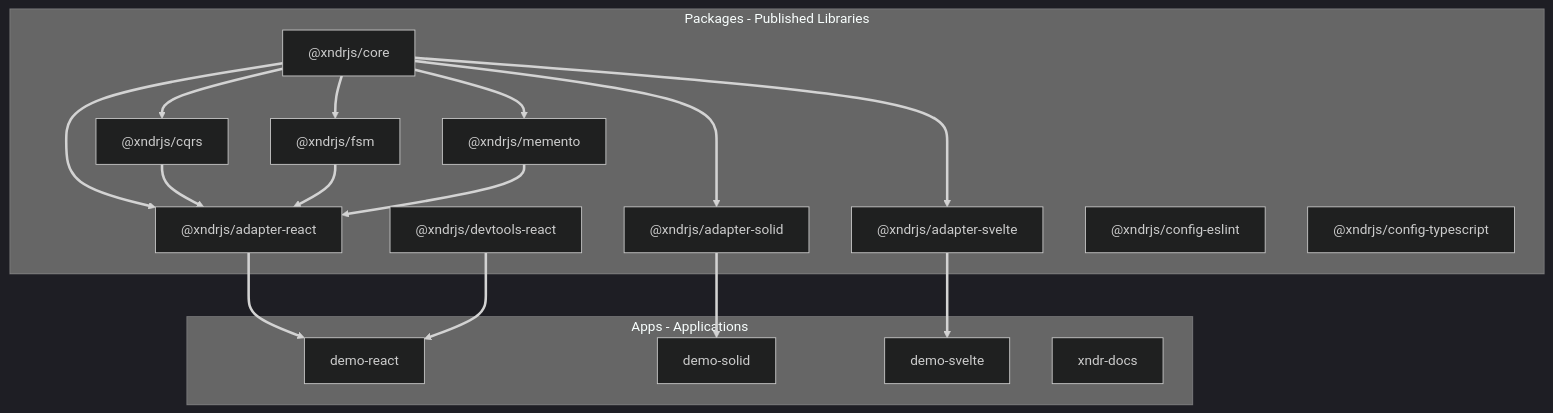
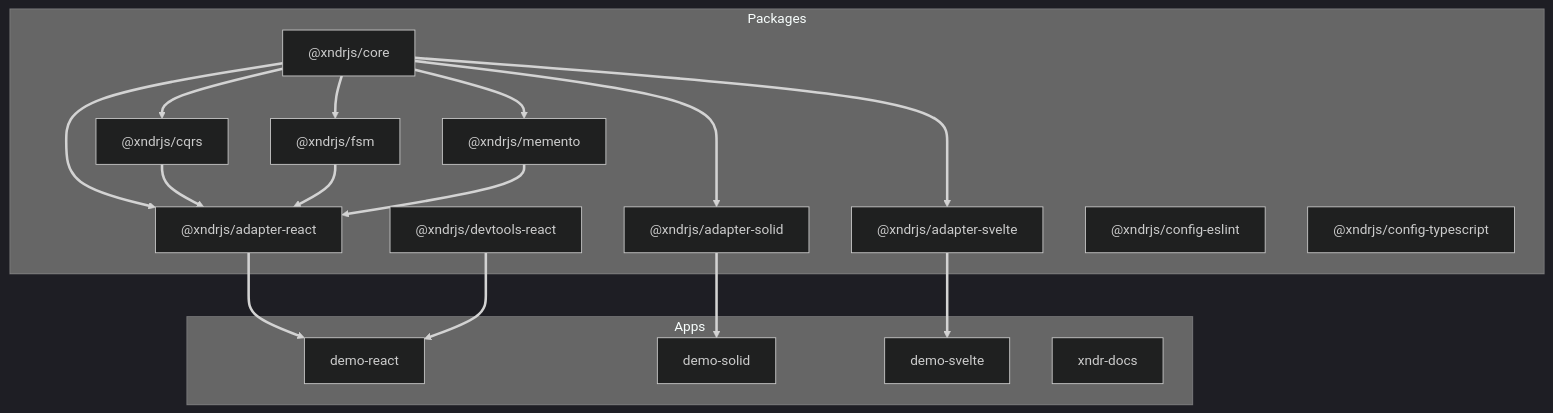
One commit to xndrjs/xndrjs changed the diagram in README.md. Above: the diagram before and after it, drawn with Mermaid.

Commit message:
chore: minor copy change

````diff
--- a/README.md
+++ b/README.md
@@ -33,46 +33,46 @@
 ```mermaid
 %%{init: {'theme':'dark'}}%%
 graph TB
-    subgraph packages["Packages - Published Libraries"]
+    subgraph packages["Packages"]
         core["@xndrjs/core"]
         adapterReact["@xndrjs/adapter-react"]
         adapterSolid["@xndrjs/adapter-solid"]
         adapterSvelte["@xndrjs/adapter-svelte"]
         cqrs["@xndrjs/cqrs"]
         fsm["@xndrjs/fsm"]
         memento["@xndrjs/memento"]
         devtools["@xndrjs/devtools-react"]
         configEslint["@xndrjs/config-eslint"]
         configTs["@xndrjs/config-typescript"]
     end
     
-    subgraph apps["Apps - Applications"]
+    subgraph apps["Apps"]
         demoReact["demo-react"]
         demoSolid["demo-solid"]
         demoSvelte["demo-svelte"]
         docs["xndr-docs"]
     end
     
     core --> adapterReact
     core --> adapterSolid
     core --> adapterSvelte
     core --> cqrs
     core --> fsm
     core --> memento
     
     cqrs --> adapterReact
     fsm --> adapterReact
     memento --> adapterReact
     
     adapterReact --> demoReact
     adapterSolid --> demoSolid
     adapterSvelte --> demoSvelte
     
     devtools --> demoReact
     
     style packages fill:#666666
     style apps fill:#666666
     
     linkStyle default stroke-width:3px
     linkStyle default stroke-width:3px
 ```
````
